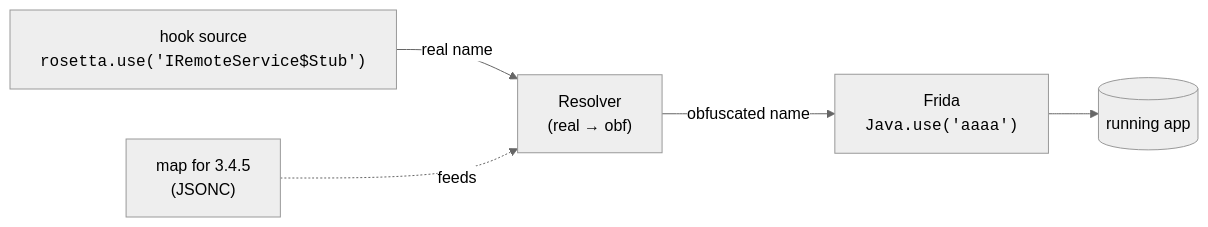
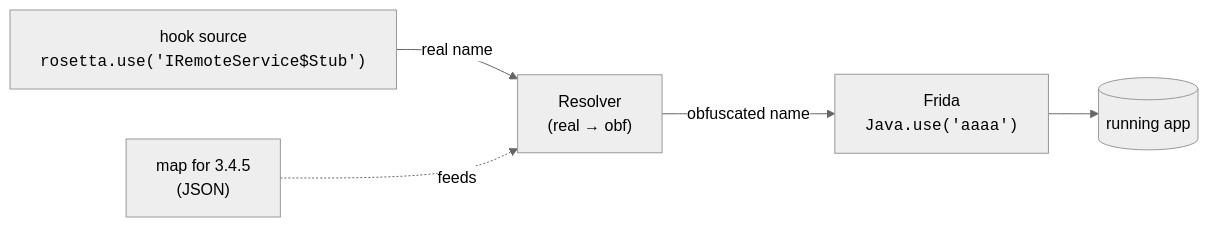
The second of 3 diagrams in docs/getting-started/concepts.md (Xiddoc/rosetta-frida), drawn with Mermaid (neutral theme) before and after one commit. The commit also changed other lines of this file and 96 other files, not shown here.

First line of the commit message:
Schema v2: require version_code, switch artifact to strict JSON

````diff
--- a/docs/getting-started/concepts.md
+++ b/docs/getting-started/concepts.md
@@ -59,12 +59,12 @@
 ```mermaid
 flowchart LR
     H["hook source<br/><code>rosetta.use('IRemoteService$Stub')</code>"]
     R["Resolver<br/>(real → obf)"]
     F["Frida<br/><code>Java.use('aaaa')</code>"]
-    M["map for 3.4.5<br/>(JSONC)"]
+    M["map for 3.4.5<br/>(JSON)"]
 
     H -- "real name" --> R
     M -. "feeds" .-> R
     R -- "obfuscated name" --> F
     F --> APP[(running app)]
 ```
````
